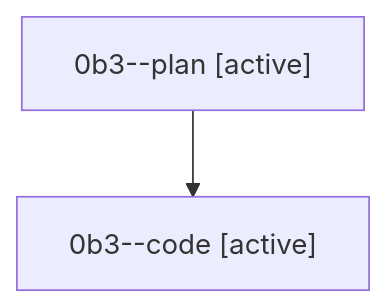
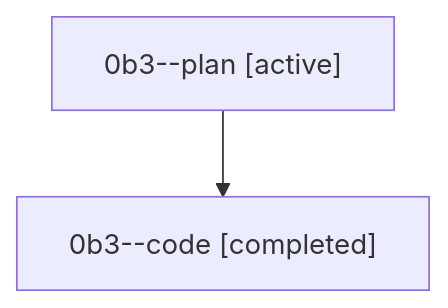
The diagram in families/bbugyi200.athena.0b3.md (sase-org/sase--agents), drawn with Mermaid before and after one commit. The commit also changed other lines of this file and 35830 other files, not shown here.

````diff
--- a/families/bbugyi200.athena.0b3.md
+++ b/families/bbugyi200.athena.0b3.md
@@ -9,6 +9,6 @@
 ```mermaid
 flowchart TD
   n0["0b3--plan [active]"]
-  n1["0b3--code [active]"]
+  n1["0b3--code [completed]"]
   n0 --> n1
 ```
````
